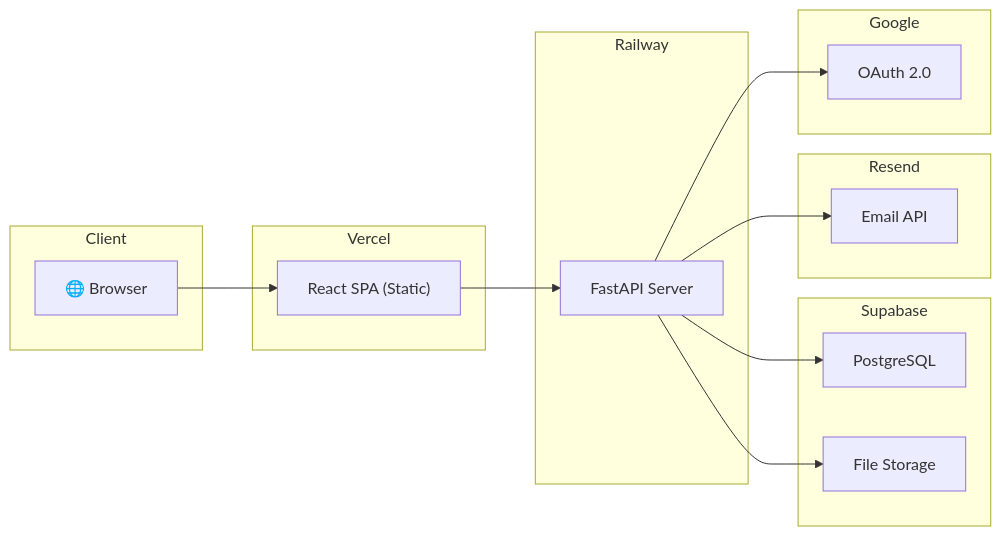
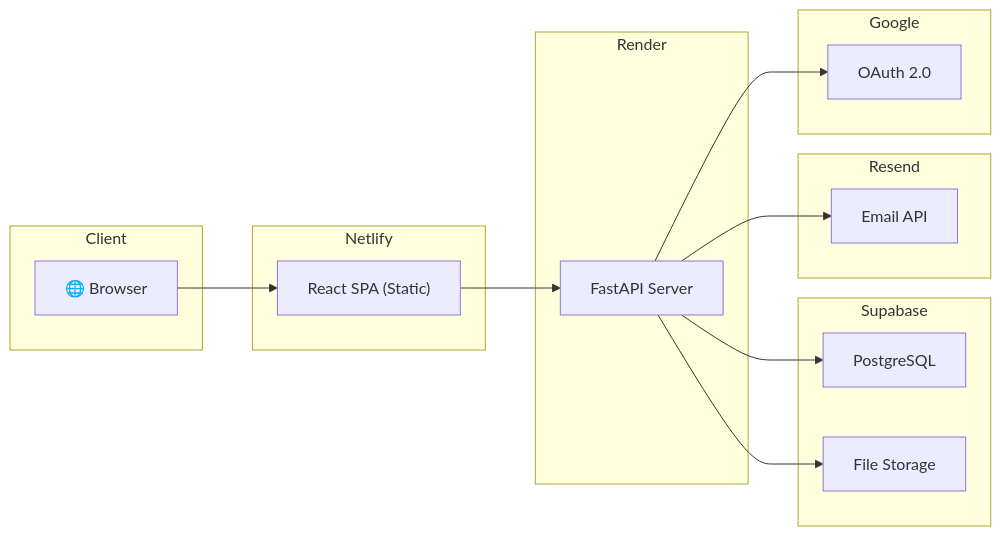
Before and after one commit to ReyDocs/open-lms: the seventh of 7 diagrams in PRD_handoff.md, drawn with Mermaid. The commit also changed other lines of this file and 7 other files, not shown here.

````diff
--- a/PRD_handoff.md
+++ b/PRD_handoff.md
@@ -1060,34 +1060,34 @@
 ```mermaid
 flowchart LR
     subgraph Client
         Browser["🌐 Browser"]
     end
 
-    subgraph Vercel["Vercel"]
+    subgraph Netlify["Netlify"]
         FE["React SPA (Static)"]
     end
 
-    subgraph Railway["Railway"]
+    subgraph Render["Render"]
         BE["FastAPI Server"]
     end
 
     subgraph Supabase["Supabase"]
         DB["PostgreSQL"]
         Storage["File Storage"]
     end
 
     subgraph Resend["Resend"]
         Email["Email API"]
     end
 
     subgraph Google["Google"]
         OAuth["OAuth 2.0"]
     end
 
     Browser --> FE
     FE --> BE
     BE --> DB
     BE --> Storage
     BE --> Email
     BE --> OAuth
 ```
````
